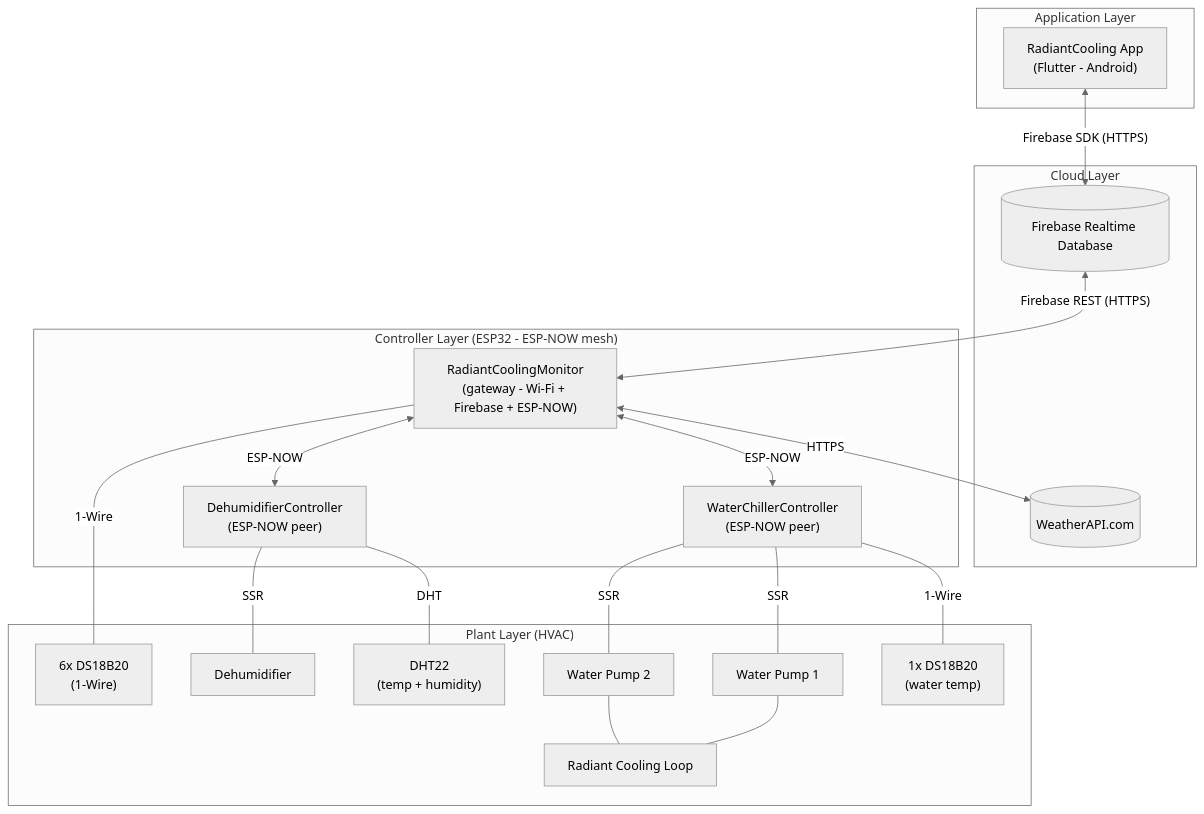
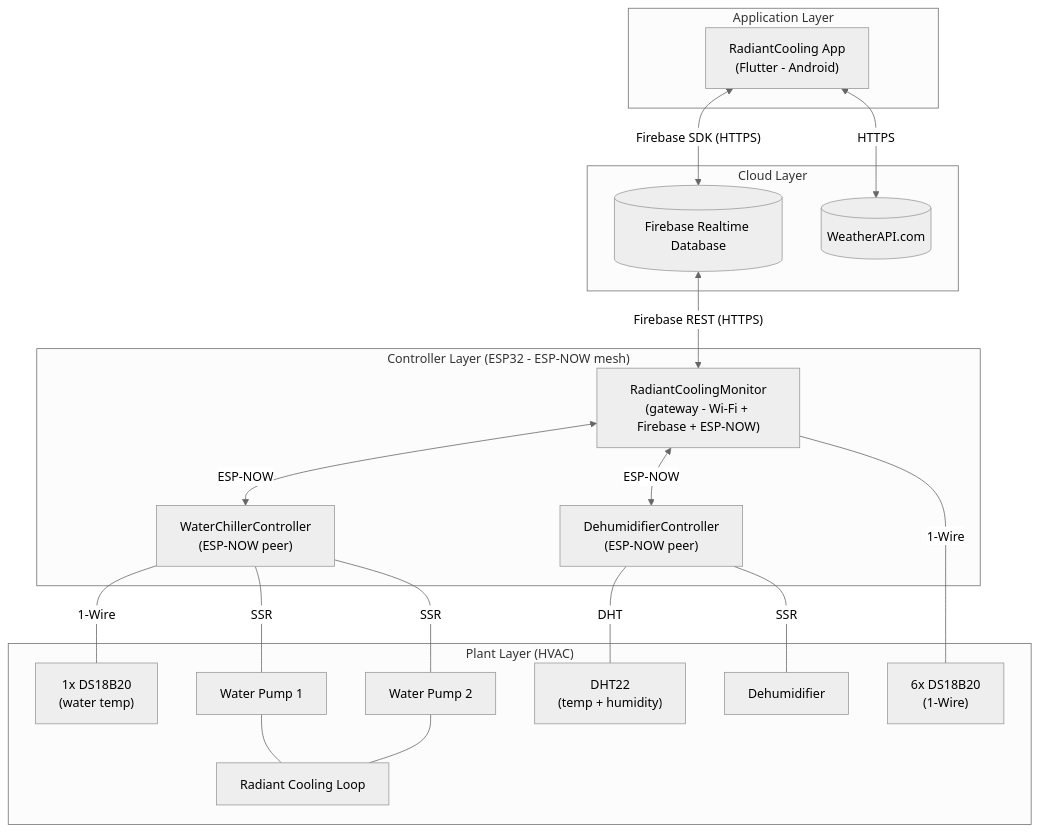
The diagram in docs/diagrams/system-architecture.md (qppd/radiant-cooling), drawn with Mermaid (neutral theme) before and after one commit. The commit also changed other lines of this file and 31 other files, not shown here.

````diff
--- a/docs/diagrams/system-architecture.md
+++ b/docs/diagrams/system-architecture.md
@@ -23,44 +23,44 @@
 ```mermaid
 flowchart TB
     subgraph APP["Application Layer"]
         UI["RadiantCooling App<br/>(Flutter - Android)"]
     end
 
     subgraph CLOUD["Cloud Layer"]
         FB[("Firebase Realtime Database")]
         WX[("WeatherAPI.com")]
     end
 
     subgraph CTRL["Controller Layer (ESP32 - ESP-NOW mesh)"]
         GW["RadiantCoolingMonitor<br/>(gateway - Wi-Fi + Firebase + ESP-NOW)"]
         WCC["WaterChillerController<br/>(ESP-NOW peer)"]
         DHC["DehumidifierController<br/>(ESP-NOW peer)"]
     end
 
     subgraph PLANT["Plant Layer (HVAC)"]
         T6["6x DS18B20<br/>(1-Wire)"]
         T1["1x DS18B20<br/>(water temp)"]
         DHT["DHT22<br/>(temp + humidity)"]
         P1["Water Pump 1"]
         P2["Water Pump 2"]
         DH["Dehumidifier"]
         LOOP["Radiant Cooling Loop"]
     end
 
     UI <-->|"Firebase SDK (HTTPS)"| FB
     FB <-->|"Firebase REST (HTTPS)"| GW
-    GW <-->|"HTTPS"| WX
+    UI <-->|"HTTPS"| WX
 
     GW <-->|"ESP-NOW"| WCC
     GW <-->|"ESP-NOW"| DHC
 
     GW ---|"1-Wire"| T6
     WCC ---|"1-Wire"| T1
     WCC ---|"SSR"| P1
     WCC ---|"SSR"| P2
     DHC ---|"DHT"| DHT
     DHC ---|"SSR"| DH
 
     P1 --- LOOP
     P2 --- LOOP
 ```
````
